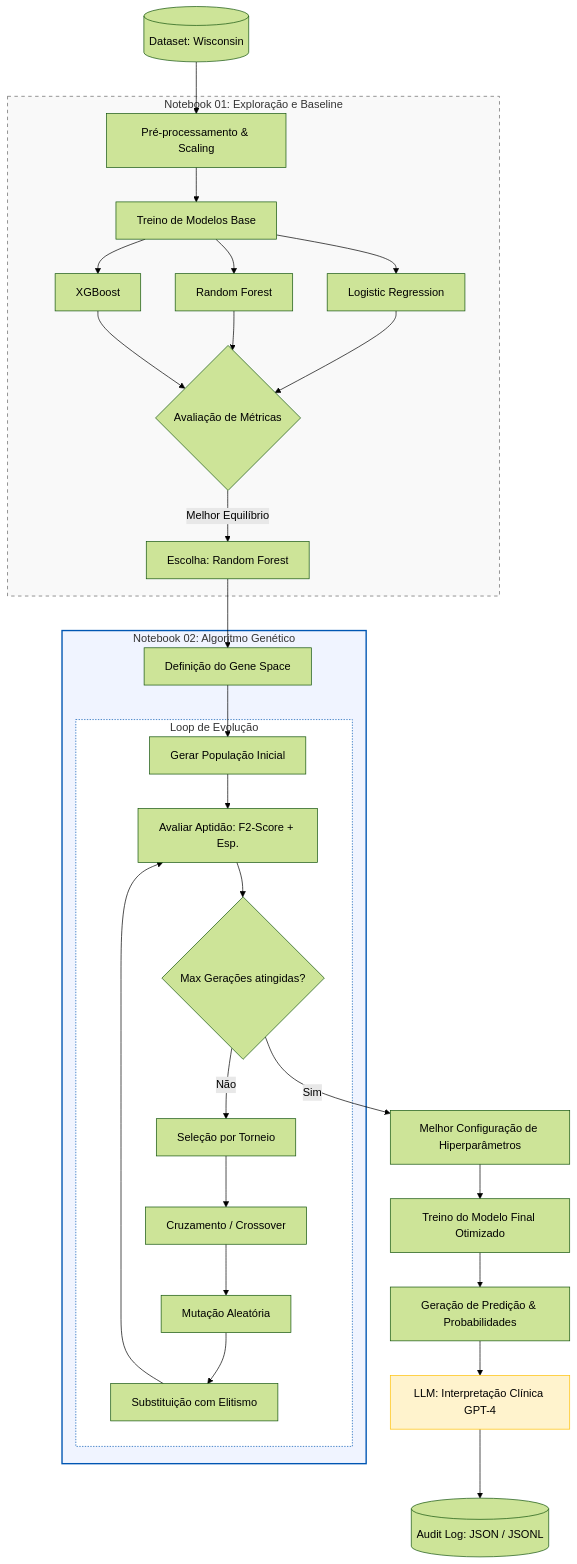
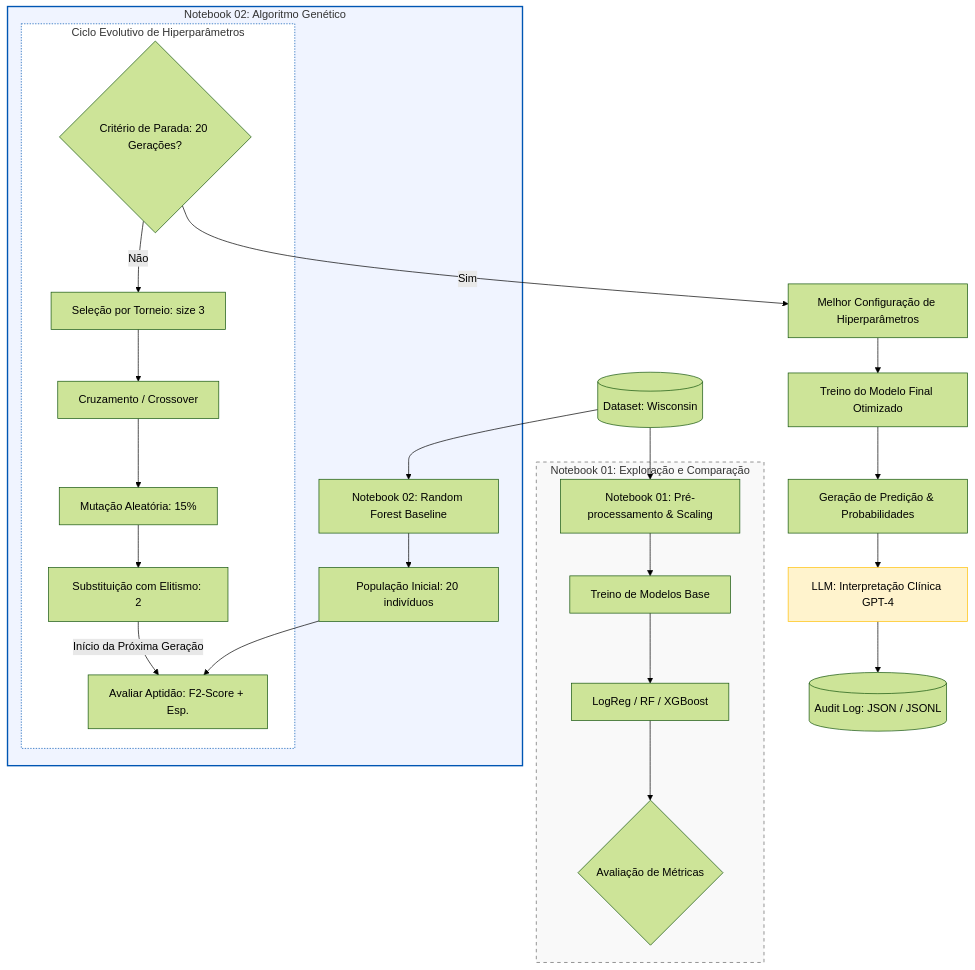
Before and after one commit to seiji8503/fiap-ia-tech-challenge-2-women-health: the diagram in readme.md, drawn with Mermaid (forest theme).

Commit message:
Architecture

````diff
--- a/readme.md
+++ b/readme.md
@@ -102,45 +102,43 @@
 ```mermaid
 flowchart TD
     %% Base de Dados
-    A[(Dataset: Wisconsin)] --> B[Pré-processamento & Scaling]
+    A[(Dataset: Wisconsin)] --> B1[Notebook 01: Pré-processamento & Scaling]
+    A[(Dataset: Wisconsin)] --> B2[Notebook 02: Random Forest Baseline]
 
-    %% Notebook 01: Comparação
-    subgraph N1 [Notebook 01: Exploração e Baseline]
-        B --> C[Treino de Modelos Base]
-        C --> C1[Logistic Regression]
-        C --> C2[Random Forest]
-        C --> C3[XGBoost]
-        C1 & C2 & C3 --> C4{Avaliação de Métricas}
-        C4 -->|Melhor Equilíbrio| D[Escolha: Random Forest]
+    %% Notebook 01: Fluxo em Paralelo
+    subgraph N1 [Notebook 01: Exploração e Comparação]
+        B1 --> C1[Treino de Modelos Base]
+        C1 --> C2[LogReg / RF / XGBoost]
+        C2 --> C3{Avaliação de Métricas}
     end
 
-    %% Notebook 02: Otimização
+    %% Notebook 02: Otimização via GA
     subgraph N2 [Notebook 02: Algoritmo Genético]
-        D --> G1[Definição do Gene Space]
-        G1 --> G2[Gerar População Inicial]
+        B2 --> G1[População Inicial: 20 indivíduos]
         
-        subgraph GA [Loop de Evolução]
-            G2 --> L1[Avaliar Aptidão: F2-Score + Esp.]
-            L1 --> L2{Max Gerações atingidas?}
+        subgraph GA [Ciclo Evolutivo de Hiperparâmetros]
+            G2[Avaliar Aptidão: F2-Score + Esp.]
+            G3{Critério de Parada: 20 Gerações?}
             
-            L2 -- Não --> L3[Seleção por Torneio]
-            L3 --> L4[Cruzamento / Crossover]
-            L4 --> L5[Mutação Aleatória]
-            L5 --> L6[Substituição com Elitismo]
-            L6 --> L1
+            G3 -- Não --> G4[Seleção por Torneio: size 3]
+            G4 --> G5[Cruzamento / Crossover]
+            G5 --> G6[Mutação Aleatória: 15%]
+            G6 --> G7[Substituição com Elitismo: 2]
+            G7 -- "Início da Próxima Geração" --> G2
         end
+        G1 --> G2
     end
 
-    %% Saída e LLM
-    L2 -- Sim --> E[Melhor Configuração de Hiperparâmetros]
+    %% Finalização e LLM
+    G3 -- Sim --> E[Melhor Configuração de Hiperparâmetros]
     E --> F[Treino do Modelo Final Otimizado]
     F --> G[Geração de Predição & Probabilidades]
     G --> H[LLM: Interpretação Clínica GPT-4]
     H --> I[(Audit Log: JSON / JSONL)]
 
     %% Estilização
     style N1 fill:#f9f9f9,stroke:#666,stroke-dasharray: 5 5
     style N2 fill:#f0f4ff,stroke:#0056b3,stroke-width:2px
     style GA fill:#ffffff,stroke:#0056b3,stroke-dasharray: 2 2
     style H fill:#fff3cd,stroke:#ffc107
 ```
````
